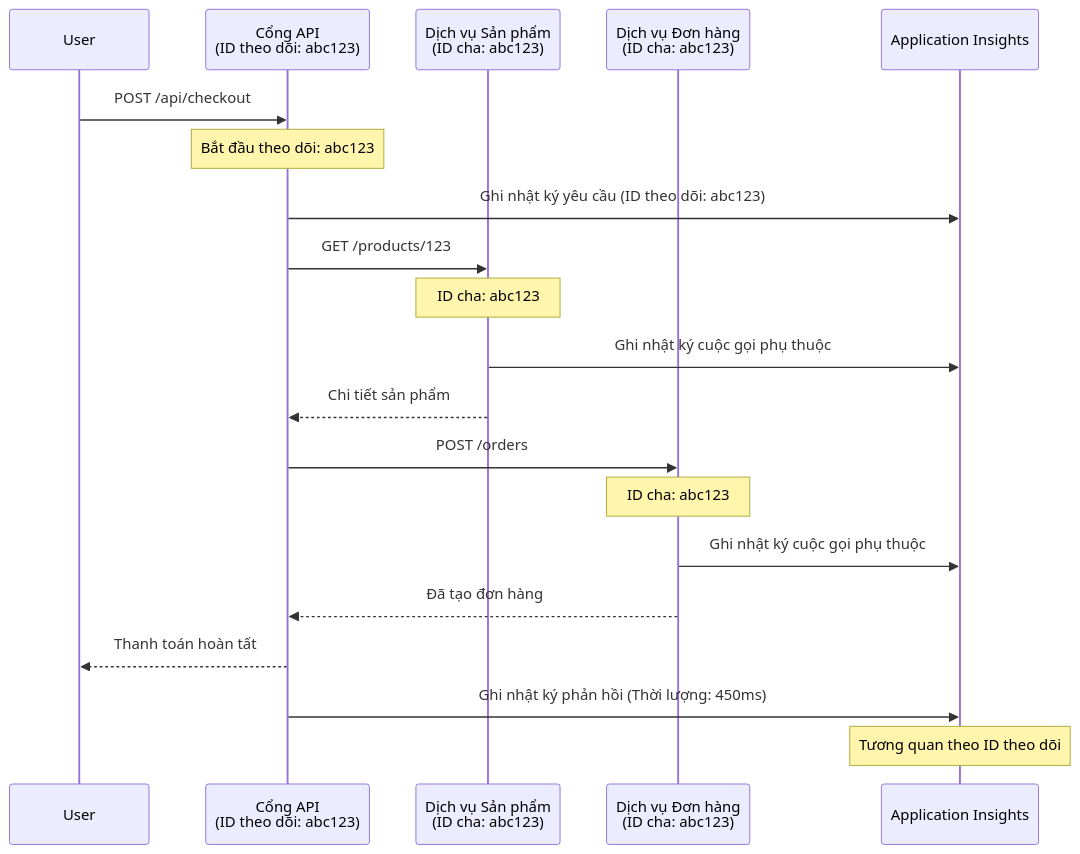
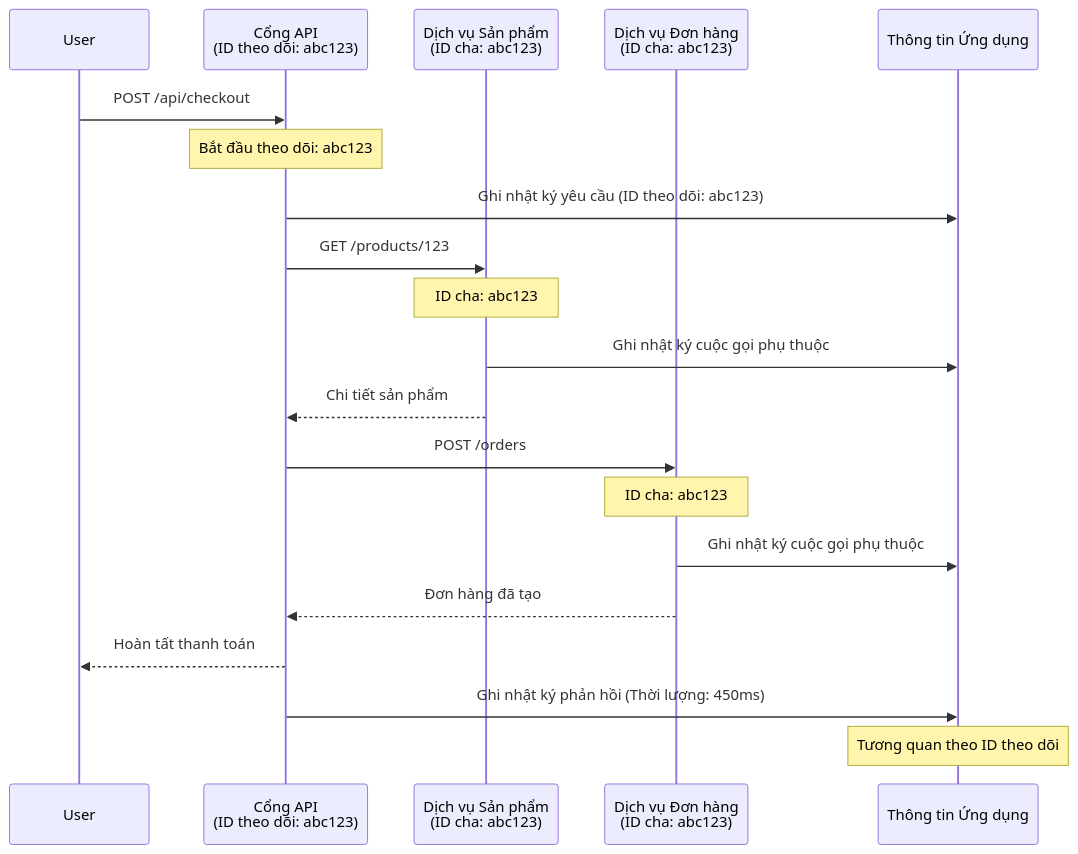
Before and after one commit to microsoft/AZD-for-beginners: the second of 2 diagrams in translations/vi/docs/chapter-06-pre-deployment/application-insights.md, drawn with Mermaid. The commit also changed other lines of this file and 101 other files, not shown here.

````diff
--- a/translations/vi/docs/chapter-06-pre-deployment/application-insights.md
+++ b/translations/vi/docs/chapter-06-pre-deployment/application-insights.md
@@ -744,27 +744,27 @@
 ```mermaid
 sequenceDiagram
     participant User
     participant Gateway as Cổng API<br/>(ID theo dõi: abc123)
     participant Product as Dịch vụ Sản phẩm<br/>(ID cha: abc123)
     participant Order as Dịch vụ Đơn hàng<br/>(ID cha: abc123)
-    participant AppInsights as Application Insights
+    participant AppInsights as Thông tin Ứng dụng
     
     User->>Gateway: POST /api/checkout
     Note over Gateway: Bắt đầu theo dõi: abc123
     Gateway->>AppInsights: Ghi nhật ký yêu cầu (ID theo dõi: abc123)
     
     Gateway->>Product: GET /products/123
     Note over Product: ID cha: abc123
     Product->>AppInsights: Ghi nhật ký cuộc gọi phụ thuộc
     Product-->>Gateway: Chi tiết sản phẩm
     
     Gateway->>Order: POST /orders
     Note over Order: ID cha: abc123
     Order->>AppInsights: Ghi nhật ký cuộc gọi phụ thuộc
-    Order-->>Gateway: Đã tạo đơn hàng
+    Order-->>Gateway: Đơn hàng đã tạo
     
-    Gateway-->>User: Thanh toán hoàn tất
+    Gateway-->>User: Hoàn tất thanh toán
     Gateway->>AppInsights: Ghi nhật ký phản hồi (Thời lượng: 450ms)
     
     Note over AppInsights: Tương quan theo ID theo dõi
 ```
````
